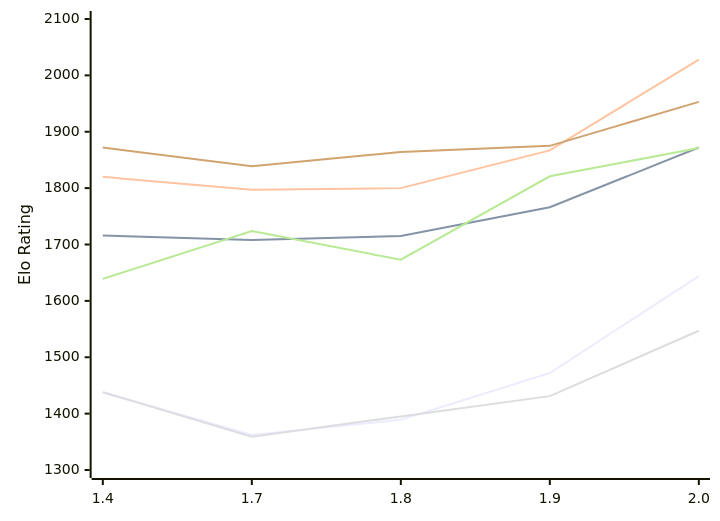
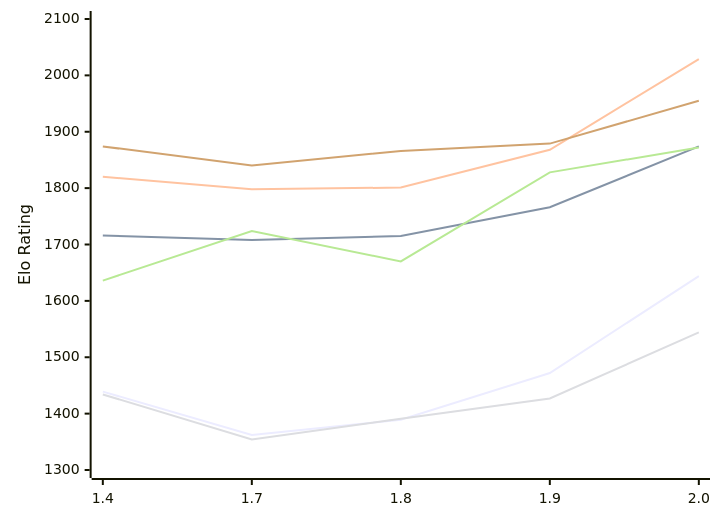
Before and after one commit to computer-chess-index/cci: the diagram in engines/Russell.md, drawn with Mermaid. The commit also changed other lines of this file, not shown here.

Commit message:
Update CCI Ratings (ELO VLTC) - 2026-11-20

````diff
--- a/engines/Russell.md
+++ b/engines/Russell.md
@@ -55,12 +55,12 @@
 ```mermaid
 %%{init: {"theme":"base","themeVariables":{"seriesColors:['#a3a3a3','#222221','#faa371']}}}%%
 xychart-beta
   x-axis ["1.4", "1.7", "1.8", "1.9", "2.0"]
   y-axis "Elo Rating" 1300 --> 2100
-  line "E1: STC (8.0+0.08s)" [1438, 1362, 1389, 1472, 1644]
-  line "E1: LTC (60.0+0.60s)" [1716, 1708, 1715, 1766, 1872]
-  line "E1: VLTC (2m24s+1.12s)" [1820, 1797, 1800, 1867, 2028]
-  line "P1: STC (8.0+0.08s)" [1438, 1359, 1395, 1431, 1547]
-  line "P1: LTC (60.0+0.60s)" [1639, 1724, 1673, 1821, 1871]
-  line "P1: VLTC (2m24s+1.12s)" [1872, 1839, 1864, 1875, 1953]
+  line "E1: STC (8.0+0.08s)" [1439, 1362, 1389, 1472, 1644]
+  line "E1: LTC (60.0+0.60s)" [1716, 1708, 1715, 1766, 1874]
+  line "E1: VLTC (2m24s+1.12s)" [1820, 1798, 1801, 1868, 2029]
+  line "P1: STC (8.0+0.08s)" [1434, 1354, 1391, 1427, 1544]
+  line "P1: LTC (60.0+0.60s)" [1636, 1724, 1670, 1828, 1872]
+  line "P1: VLTC (2m24s+1.12s)" [1874, 1840, 1866, 1879, 1955]
 ```
````
